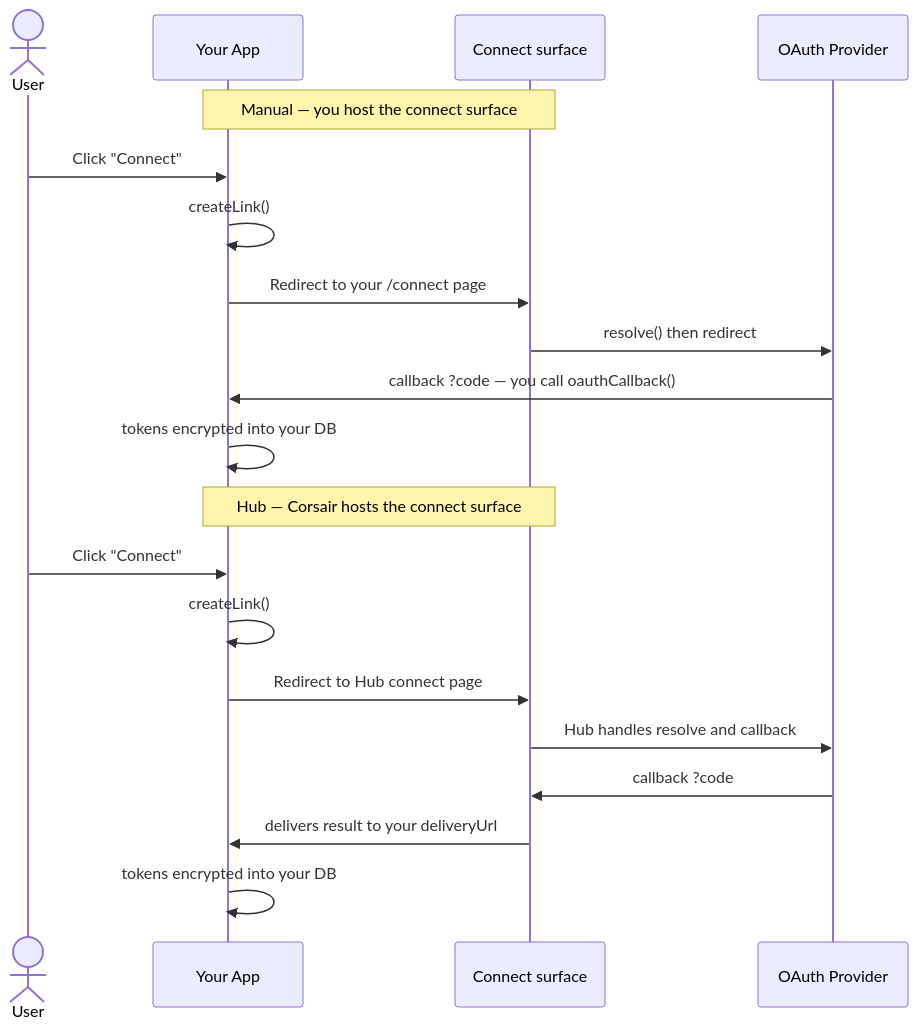
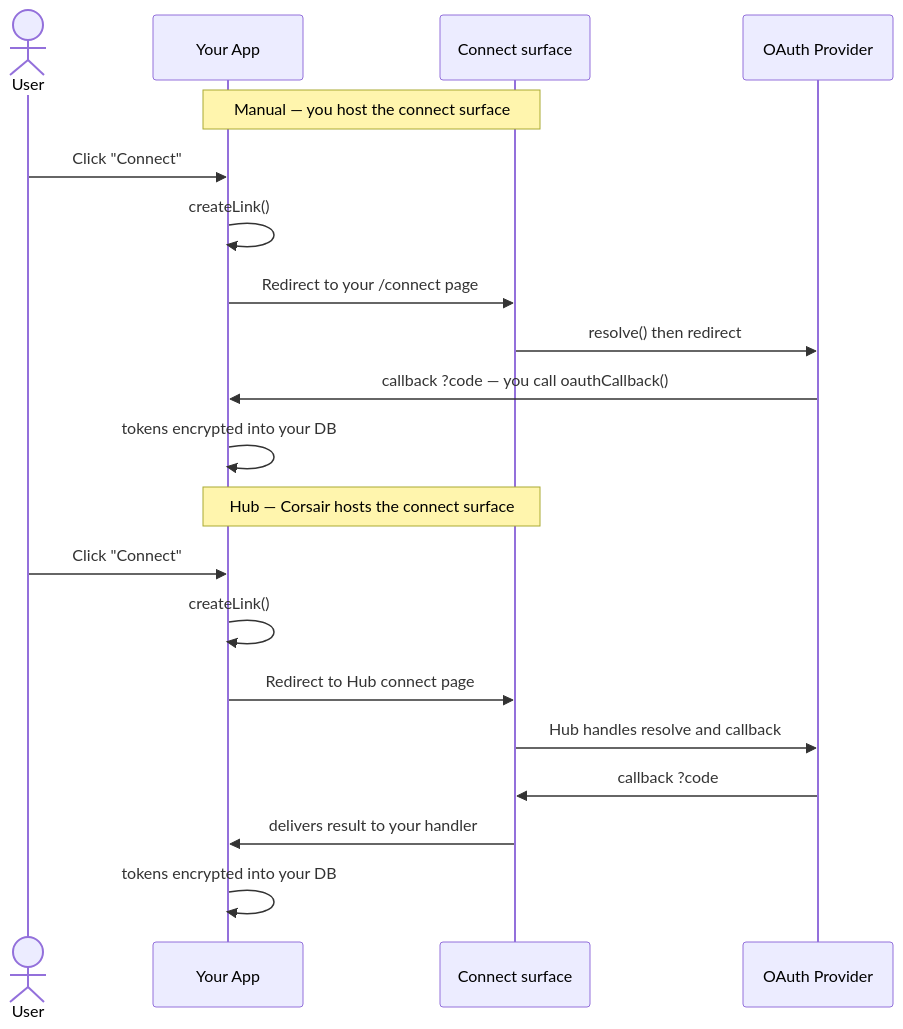
The diagram in docs/hub/manual-vs-hub.mdx (corsairdev/corsair), drawn with Mermaid before and after one commit. The commit also changed other lines of this file and 8 other files, not shown here.

````diff
--- a/docs/hub/manual-vs-hub.mdx
+++ b/docs/hub/manual-vs-hub.mdx
@@ -77,24 +76,24 @@
 ```mermaid
 sequenceDiagram
     actor User
     participant App as Your App
     participant Surface as Connect surface
     participant Provider as OAuth Provider
 
     Note over App,Surface: Manual — you host the connect surface
     User->>App: Click "Connect"
     App->>App: createLink()
     App->>Surface: Redirect to your /connect page
     Surface->>Provider: resolve() then redirect
     Provider->>App: callback ?code — you call oauthCallback()
     App->>App: tokens encrypted into your DB
 
     Note over App,Surface: Hub — Corsair hosts the connect surface
     User->>App: Click "Connect"
     App->>App: createLink()
     App->>Surface: Redirect to Hub connect page
     Surface->>Provider: Hub handles resolve and callback
     Provider->>Surface: callback ?code
-    Surface->>App: delivers result to your deliveryUrl
+    Surface->>App: delivers result to your handler
     App->>App: tokens encrypted into your DB
 ```
````
